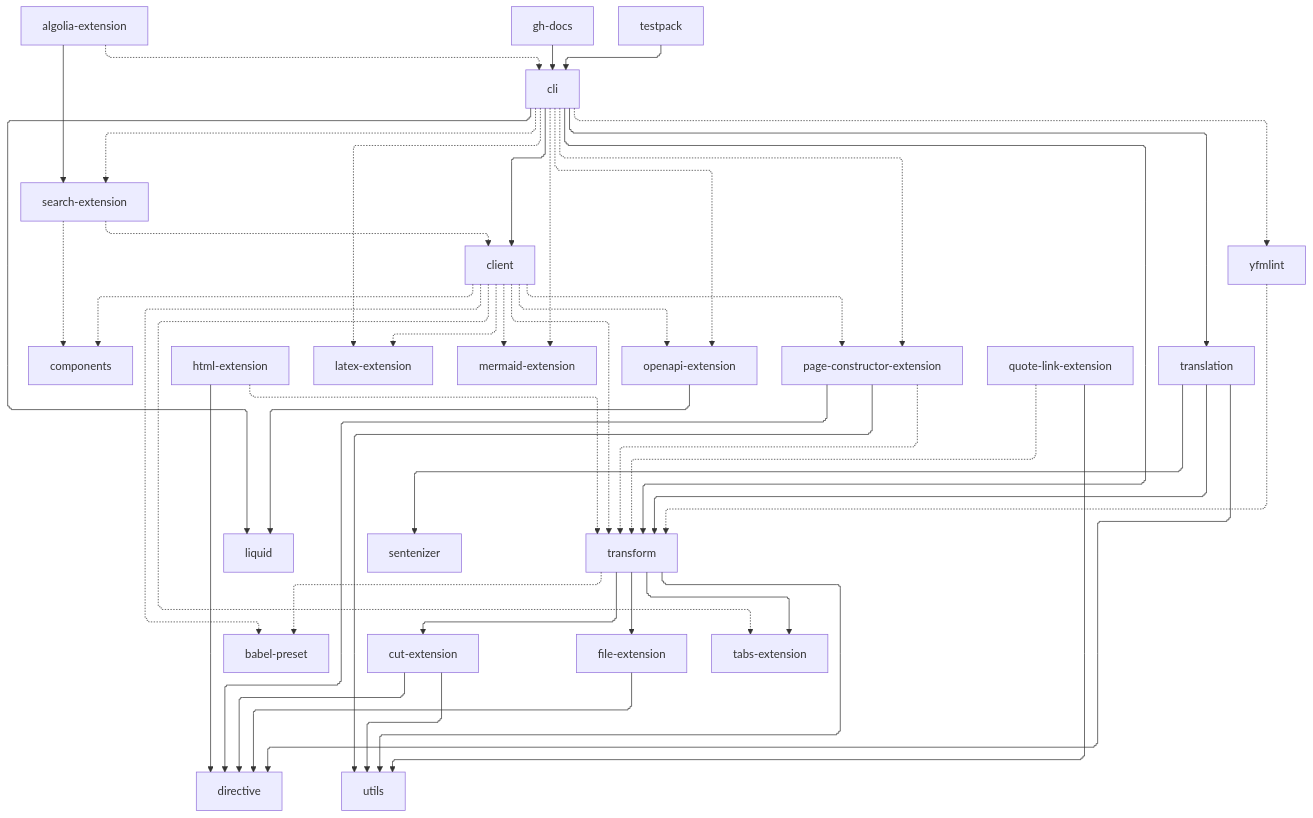
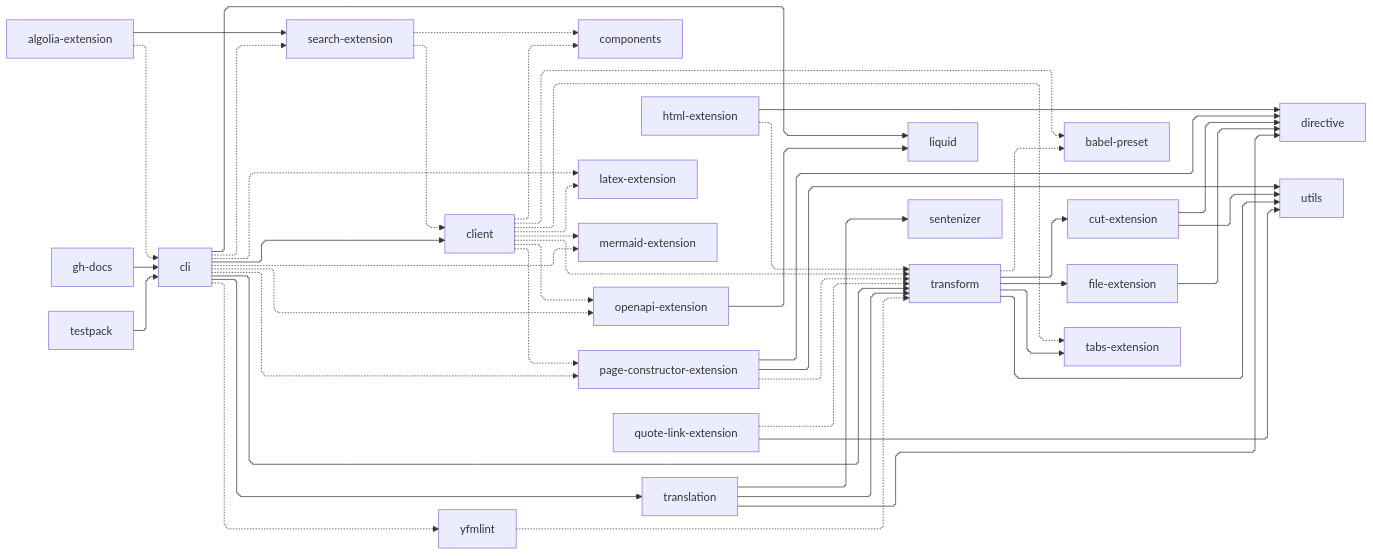
One commit to diplodoc-platform/diplodoc changed the diagram in PULSE.md. Above: the diagram before and after it, drawn with Mermaid. The commit also changed other lines of this file and 1 other file, not shown here.

Commit message:
Update pulse

````diff
--- a/PULSE.md
+++ b/PULSE.md
@@ -74,6 +74,6 @@
 ```mermaid
 %%{ init: { "flowchart": { "curve": "stepAfter", "defaultRenderer": "elk" } } }%%
-flowchart TB
+flowchart LR
   algolia-extension["algolia-extension"]
   babel-preset["babel-preset"]
   cli["cli"]
````
